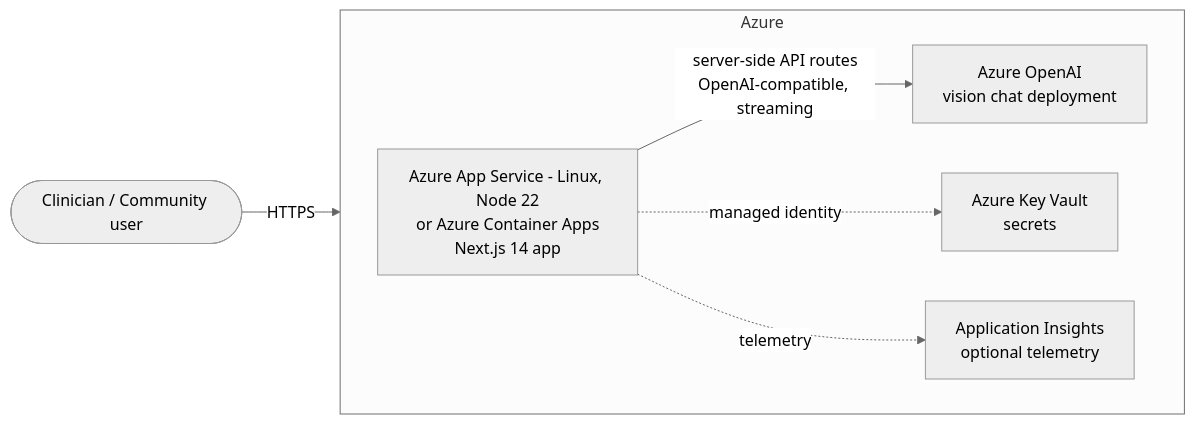
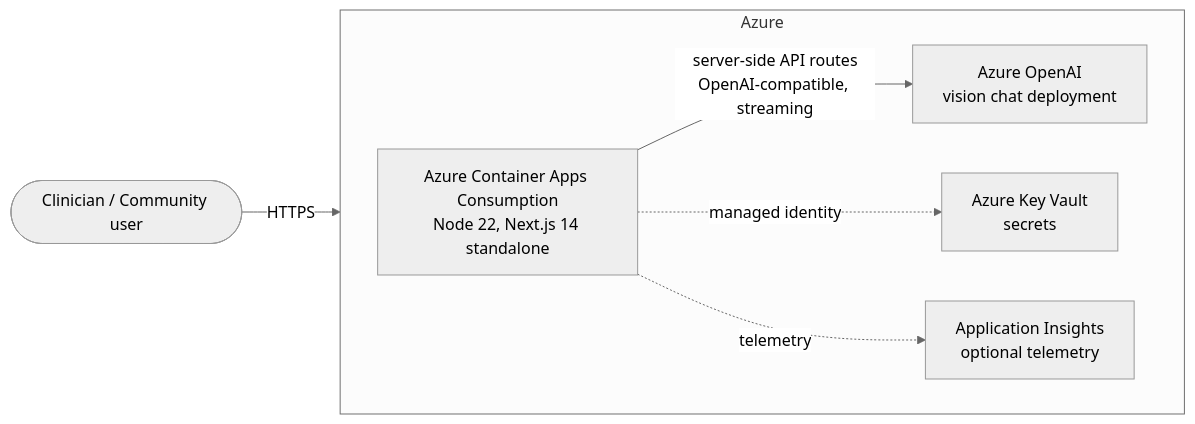
One commit to polyfuze4336-bot/phoenix-ai-azure changed the diagram in docs/architecture/ARCHITECTURE.md. Above: the diagram before and after it, drawn with Mermaid (neutral theme). The commit also changed other lines of this file and 31 other files, not shown here.

Commit message:
feat(azure): deploy Phoenix AI to Container Apps

````diff
--- a/docs/architecture/ARCHITECTURE.md
+++ b/docs/architecture/ARCHITECTURE.md
@@ -27,15 +27,15 @@
 ```mermaid
 flowchart LR
     User([Clinician / Community user])
     subgraph Azure
       direction LR
-      App[Azure App Service - Linux, Node 22<br/>or Azure Container Apps<br/>Next.js 14 app]
+      App[Azure Container Apps Consumption<br/>Node 22, Next.js 14 standalone]
       AOAI[Azure OpenAI<br/>vision chat deployment]
       KV[Azure Key Vault<br/>secrets]
       AI[Application Insights<br/>optional telemetry]
     end
     User -->|HTTPS| App
     App -->|server-side API routes<br/>OpenAI-compatible, streaming| AOAI
     App -.->|managed identity| KV
     App -.->|telemetry| AI
 ```
````
